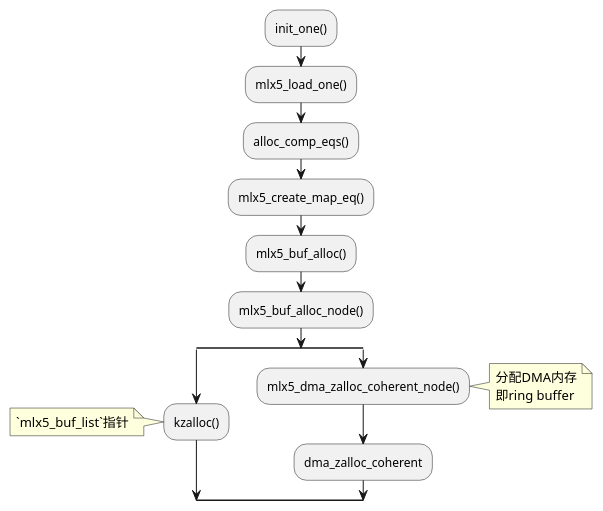
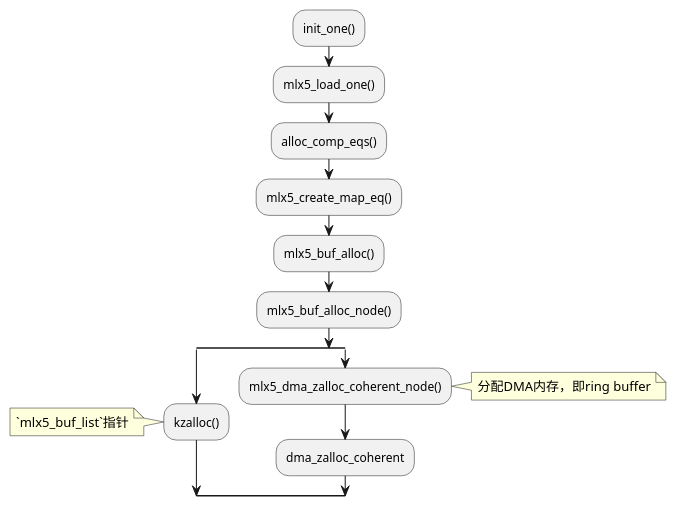
The diagram in docs/topics/time_squeeze_and_netdev_budget.md (kangxiaoning/kangxiaoning.github.io), drawn with PlantUML before and after one commit.

Commit message:
rebuilding site

````diff
--- a/docs/topics/time_squeeze_and_netdev_budget.md
+++ b/docs/topics/time_squeeze_and_netdev_budget.md
@@ -553,23 +553,22 @@
 ```plantuml
 @startuml
 :init_one();
 :mlx5_load_one();
 :alloc_comp_eqs();
 :mlx5_create_map_eq();
 :mlx5_buf_alloc();
 :mlx5_buf_alloc_node();
 split
  :kzalloc();
  note left
   `mlx5_buf_list`指针
  end note
 split again
  :mlx5_dma_zalloc_coherent_node();
  note right
-  分配DMA内存
-  即ring buffer
+  分配DMA内存，即ring buffer
  end note
  :dma_zalloc_coherent;
 end split
 @enduml
 ```
````
